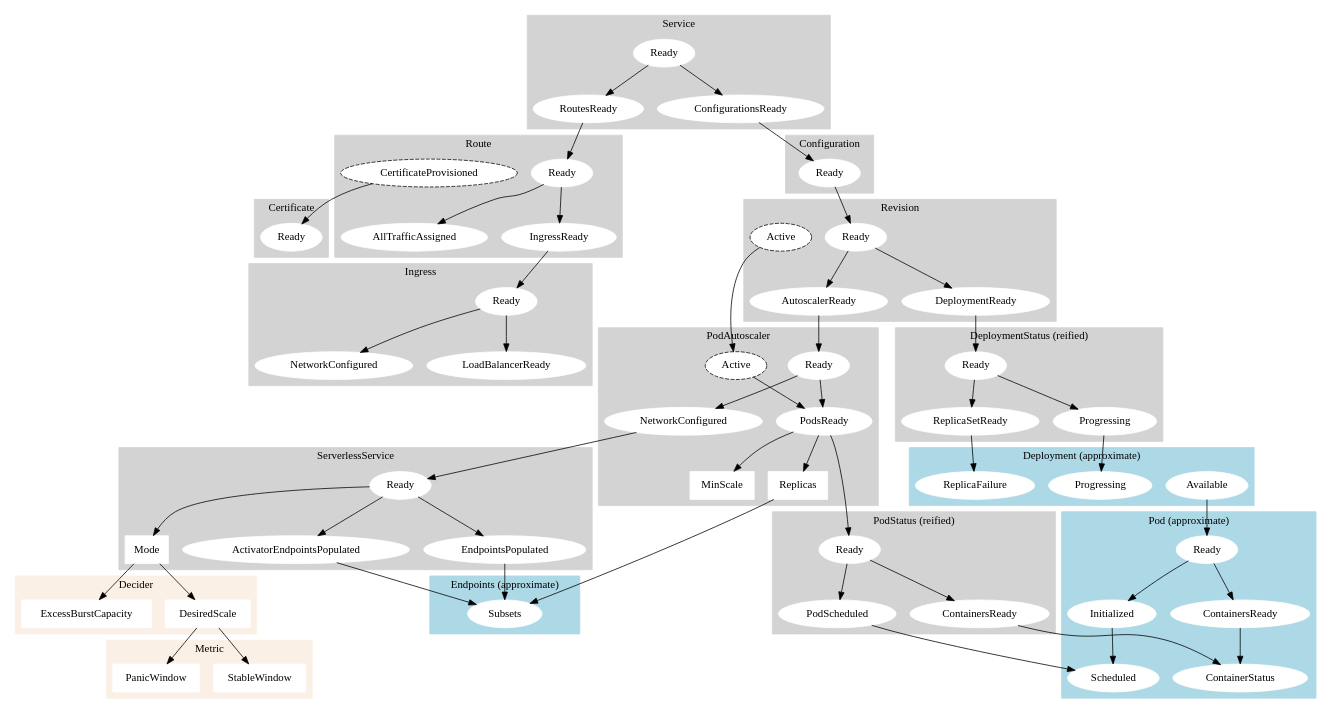
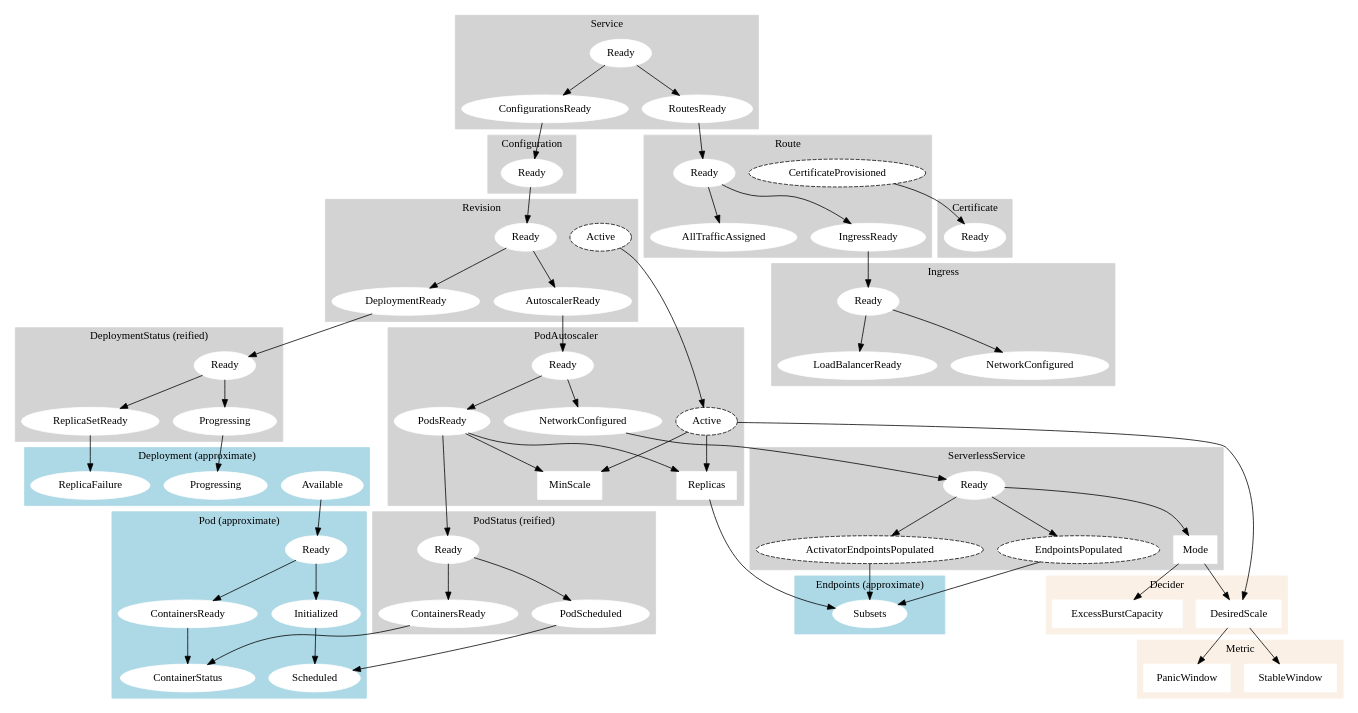
Before and after one commit to jonjohnsonjr/graphviz: the diagram in src/proposed-lifecycle.dot, drawn with Graphviz.

```diff
--- a/src/proposed-lifecycle.dot
+++ b/src/proposed-lifecycle.dot
@@ -1,4 +1,5 @@
 digraph lifecycle {
+  ordering=out;
   graph [style=filled,color=lightgrey]
   node [style=filled,color=white];
 
@@ -85,8 +86,8 @@
     PodAutoscalerConditionPodsReady -> PodAutoscalerMinScale
     PodAutoscalerConditionPodsReady -> PodAutoscalerReplicas
 
-    PodAutoscalerConditionActive -> PodAutoscalerConditionPodsReady
-
+    PodAutoscalerConditionActive -> PodAutoscalerReplicas
+    PodAutoscalerConditionActive -> PodAutoscalerMinScale
   }
 
   subgraph cluster_decider {
@@ -114,8 +115,8 @@
     href="https://godoc.org/github.com/knative/serving/pkg/apis/networking/v1alpha1#ServerlessServiceStatus"
 
     ServerlessServiceConditionReady [label=Ready, href="https://godoc.org/github.com/knative/serving/pkg/apis/networking/v1alpha1#ServerlessServiceConditionReady"]
-    ServerlessServiceConditionEndspointsPopulated [label="EndpointsPopulated", href="https://godoc.org/github.com/knative/serving/pkg/apis/networking/v1alpha1#ServerlessServiceConditionEndspointsPopulated"]
-    ServerlessServiceConditionActivatorEndspointsPopulated [label=ActivatorEndpointsPopulated, href="https://godoc.org/github.com/knative/serving/pkg/apis/networking/v1alpha1#ServerlessServiceConditionActivatorEndspointsPopulated"]
+    ServerlessServiceConditionEndspointsPopulated [label="EndpointsPopulated",style="filled,dashed",fillcolor=white,color=black, href="https://godoc.org/github.com/knative/serving/pkg/apis/networking/v1alpha1#ServerlessServiceConditionEndspointsPopulated"]
+    ServerlessServiceConditionActivatorEndspointsPopulated [label=ActivatorEndpointsPopulated,style="filled,dashed",fillcolor=white,color=black, href="https://godoc.org/github.com/knative/serving/pkg/apis/networking/v1alpha1#ServerlessServiceConditionActivatorEndspointsPopulated"]
     ServerlessServiceMode [label=Mode, shape=box, href="https://godoc.org/github.com/knative/serving/pkg/apis/networking/v1alpha1#ServerlessServiceSpec.Mode"]
 
     ServerlessServiceConditionReady -> ServerlessServiceConditionEndspointsPopulated
@@ -196,6 +197,8 @@
 
   RevisionConditionActive -> PodAutoscalerConditionActive
 
+  PodAutoscalerConditionActive -> DeciderDesiredScale
+
   PodAutoscalerConditionSKSReady -> ServerlessServiceConditionReady
   PodAutoscalerConditionPodsReady -> PodStatusReady
 
```
